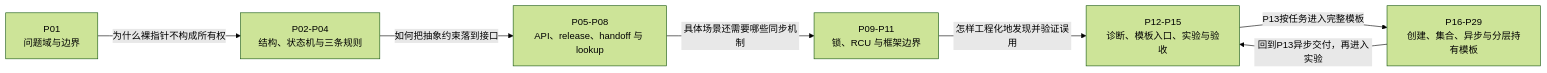
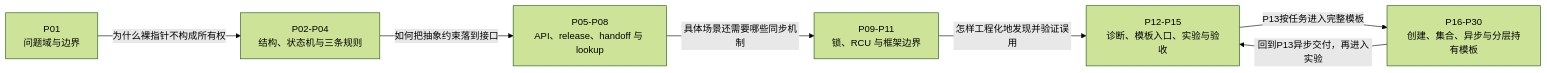
Before and after one commit to FormingSystem/linux_note: the diagram in knowledge/linux/object_lifetime/kref/大纲.md, drawn with Mermaid (forest theme). The commit also changed other lines of this file and 18 other files, not shown here.

````diff
--- a/knowledge/linux/object_lifetime/kref/大纲.md
+++ b/knowledge/linux/object_lifetime/kref/大纲.md
@@ -21,16 +21,16 @@
 ```mermaid
 flowchart LR
     A["P01<br/>问题域与边界"]
     B["P02-P04<br/>结构、状态机与三条规则"]
     C["P05-P08<br/>API、release、handoff 与 lookup"]
     D["P09-P11<br/>锁、RCU 与框架边界"]
     E["P12-P15<br/>诊断、模板入口、实验与验收"]
-    T["P16-P29<br/>创建、集合、异步与分层持有模板"]
+    T["P16-P30<br/>创建、集合、异步与分层持有模板"]
 
     A -->|"为什么裸指针不构成所有权"| B
     B -->|"如何把抽象约束落到接口"| C
     C -->|"具体场景还需要哪些同步机制"| D
     D -->|"怎样工程化地发现并验证误用"| E
     E -->|"P13按任务进入完整模板"| T
     T -->|"回到P13异步交付，再进入实验"| E
 ```
````
